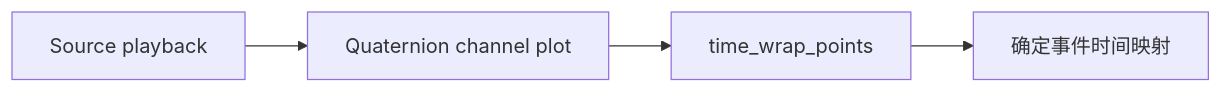
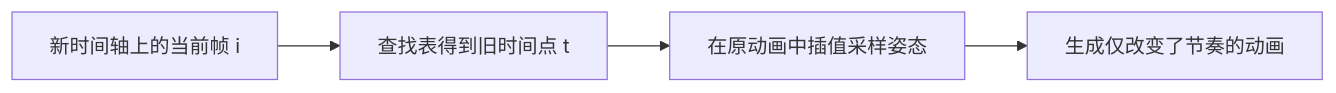
One commit to EvihGraphics/AnimationTech-HTC changed the seventh of 10 diagrams in docs/blog/AnimationPapers/motion_warping/README.md. Above: the diagram before and after it, drawn with Mermaid. The commit also changed other lines of this file and 17 other files, not shown here.

Commit message:
docs(blog): standardize AnimationPapers and Theory with modular mermaid flows and media assets

````diff
--- a/docs/blog/AnimationPapers/motion_warping/README.md
+++ b/docs/blog/AnimationPapers/motion_warping/README.md
@@ -68,6 +149,6 @@
 ```mermaid
 flowchart LR
-    C5[Source playback] --> C6[Quaternion channel plot]
-    C6 --> C8[time_wrap_points]
-    C8 --> I[确定事件时间映射]
+    A[新时间轴上的当前帧 i] --> B[查找表得到旧时间点 t]
+    B --> C[在原动画中插值采样姿态]
+    C --> D[生成仅改变了节奏的动画]
 ```
````
